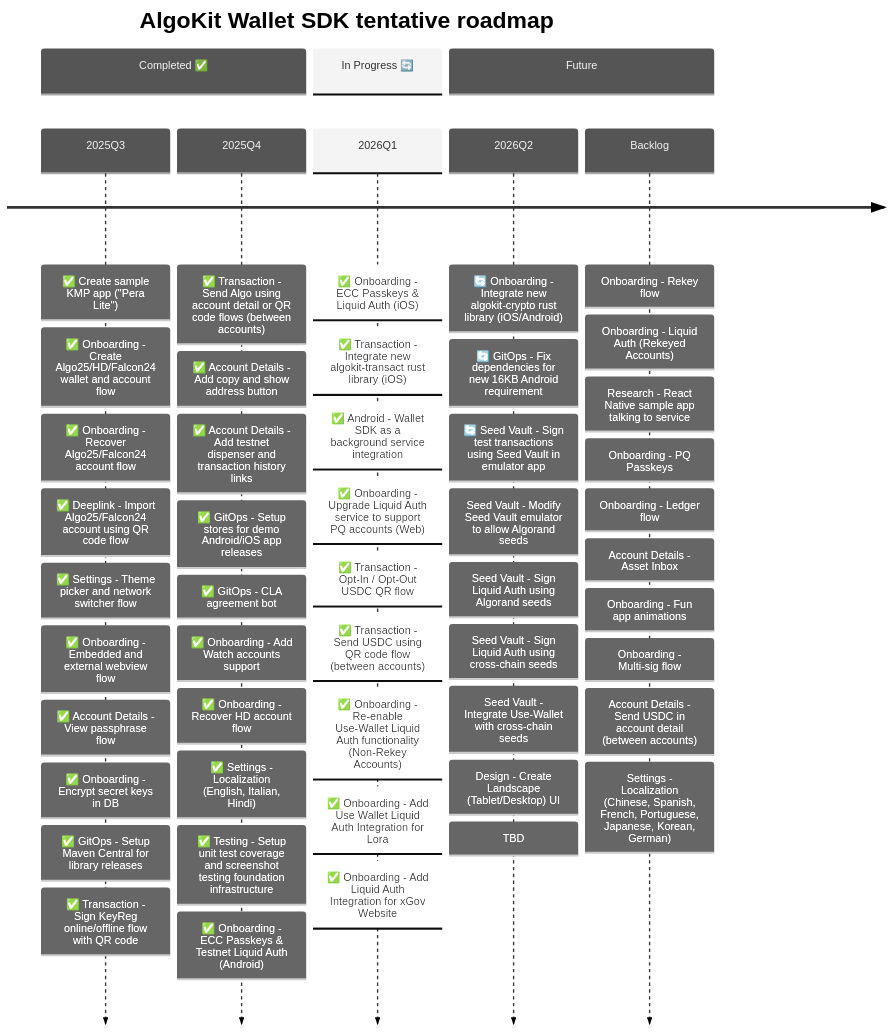
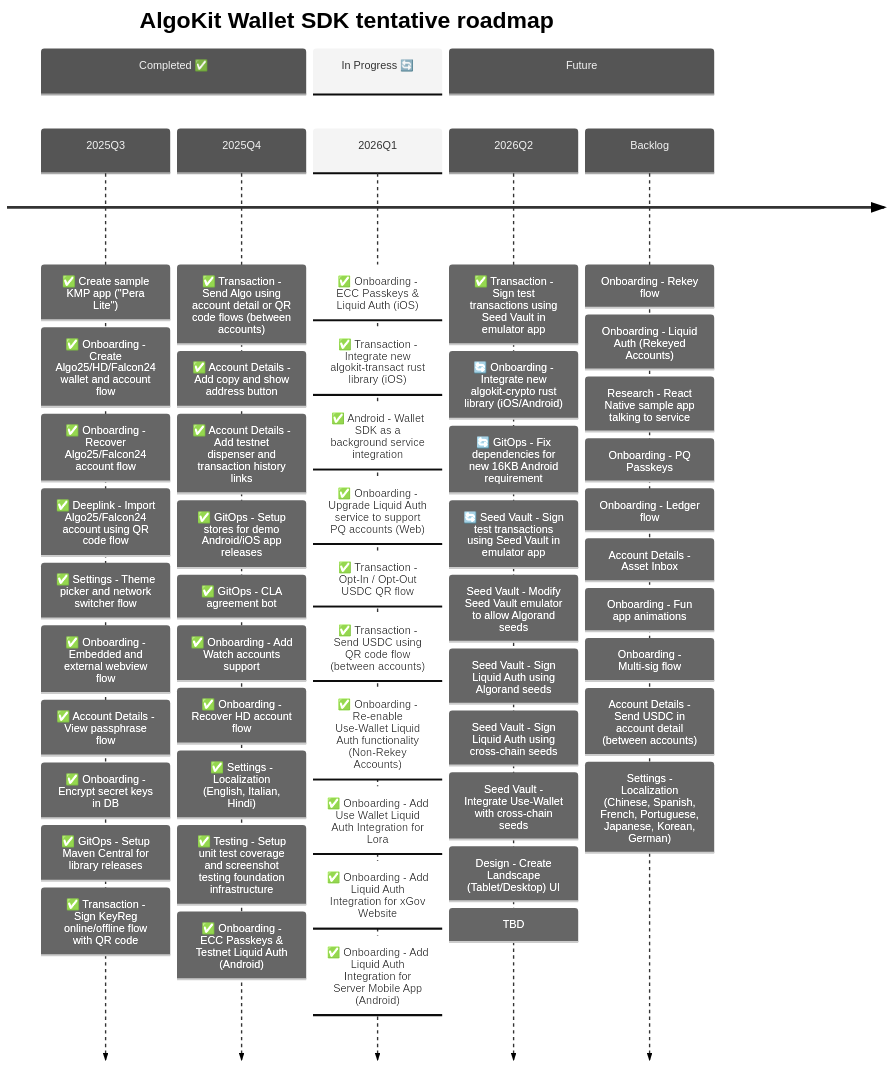
One commit to michaeltchuangllc/algokit-walletsdk-kmp changed the second of 3 diagrams in README.md. Above: the diagram before and after it, drawn with Mermaid. The commit also changed 17 other files, not shown here.

````diff
--- a/README.md
+++ b/README.md
@@ -69,64 +69,66 @@
 ```mermaid
 ---
 config:
   theme: 'neutral'
 ---
 timeline
     title AlgoKit Wallet SDK tentative roadmap
 
     section Completed ✅
     2025Q3  : ✅ Create sample KMP app ("Pera Lite")
             : ✅ Onboarding - Create Algo25/HD/Falcon24 wallet and account flow
             : ✅ Onboarding - Recover Algo25/Falcon24 account flow
             : ✅ Deeplink - Import Algo25/Falcon24 account using QR code flow
             : ✅ Settings - Theme picker and network switcher flow
             : ✅ Onboarding - Embedded and external webview flow
             : ✅ Account Details - View passphrase flow
             : ✅ Onboarding - Encrypt secret keys in DB
             : ✅ GitOps - Setup Maven Central for library releases
             : ✅ Transaction - Sign KeyReg online/offline flow with QR code
 
     2025Q4  : ✅ Transaction - Send Algo using account detail or QR code flows (between accounts)
             : ✅ Account Details - Add copy and show address button
             : ✅ Account Details - Add testnet dispenser and transaction history links
             : ✅ GitOps - Setup stores for demo Android/iOS app releases
             : ✅ GitOps - CLA agreement bot
             : ✅ Onboarding - Add Watch accounts support
             : ✅ Onboarding - Recover HD account flow
             : ✅ Settings - Localization (English, Italian, Hindi)
             : ✅ Testing - Setup unit test coverage and screenshot testing foundation infrastructure
             : ✅ Onboarding - ECC Passkeys & Testnet Liquid Auth (Android)
 
     section In Progress 🔄
     2026Q1  : ✅ Onboarding - ECC Passkeys & Liquid Auth (iOS)
             : ✅ Transaction - Integrate new algokit-transact rust library (iOS)
             : ✅ Android - Wallet SDK as a background service integration
             : ✅ Onboarding - Upgrade Liquid Auth service to support PQ accounts (Web)
             : ✅ Transaction - Opt-In / Opt-Out USDC QR flow
             : ✅ Transaction - Send USDC using QR code flow (between accounts)
             : ✅ Onboarding - Re-enable Use-Wallet Liquid Auth functionality (Non-Rekey Accounts)
             : ✅ Onboarding - Add Use Wallet Liquid Auth Integration for Lora
             : ✅ Onboarding - Add Liquid Auth Integration for xGov Website
+            : ✅ Onboarding - Add Liquid Auth Integration for Server Mobile App (Android)
 
     section Future
-    2026Q2  : 🔄 Onboarding - Integrate new algokit-crypto rust library (iOS/Android)
+    2026Q2  : ✅ Transaction - Sign test transactions using Seed Vault in emulator app
+            : 🔄 Onboarding - Integrate new algokit-crypto rust library (iOS/Android)
             : 🔄 GitOps - Fix dependencies for new 16KB Android requirement
             : 🔄 Seed Vault - Sign test transactions using Seed Vault in emulator app
             : Seed Vault - Modify Seed Vault emulator to allow Algorand seeds
             : Seed Vault - Sign Liquid Auth using Algorand seeds
             : Seed Vault - Sign Liquid Auth using cross-chain seeds
             : Seed Vault - Integrate Use-Wallet with cross-chain seeds
             : Design - Create Landscape (Tablet/Desktop) UI
             : TBD
     Backlog
             : Onboarding - Rekey flow
             : Onboarding - Liquid Auth (Rekeyed Accounts)
             : Research - React Native sample app talking to service
             : Onboarding - PQ Passkeys
             : Onboarding - Ledger flow
             : Account Details - Asset Inbox
             : Onboarding - Fun app animations
             : Onboarding - Multi-sig flow
             : Account Details - Send USDC in account detail (between accounts)
             : Settings - Localization (Chinese, Spanish, French, Portuguese, Japanese, Korean, German)
 ```
````
